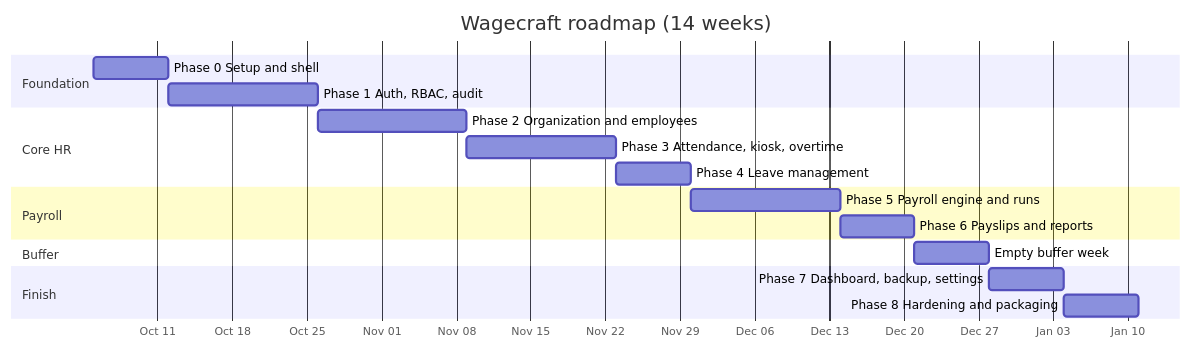
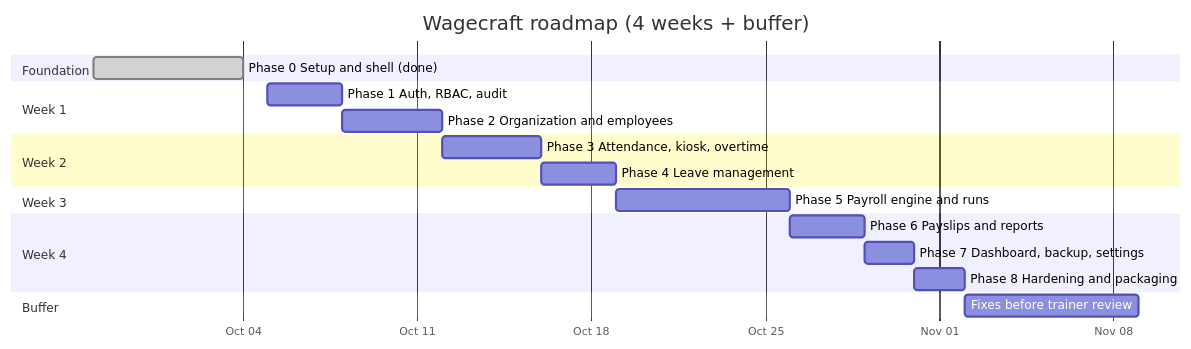
One commit to Xyjor/Wagecraft changed the seventh of 7 diagrams in docs/wagecraft-plan.md. Above: the diagram before and after it, drawn with Mermaid. The commit also changed other lines of this file, not shown here.

First line of the commit message:
docs: 4-week timeline to Nov 1 and owner-made decisions

````diff
--- a/docs/wagecraft-plan.md
+++ b/docs/wagecraft-plan.md
@@ -1207,21 +1209,22 @@
 ```mermaid
 gantt
-    title Wagecraft roadmap (14 weeks)
+    title Wagecraft roadmap (4 weeks + buffer)
     dateFormat YYYY-MM-DD
     axisFormat %b %d
     section Foundation
-    Phase 0 Setup and shell             :p0, 2026-10-05, 7d
-    Phase 1 Auth, RBAC, audit           :p1, after p0, 14d
-    section Core HR
-    Phase 2 Organization and employees  :p2, after p1, 14d
-    Phase 3 Attendance, kiosk, overtime :p3, after p2, 14d
-    Phase 4 Leave management            :p4, after p3, 7d
-    section Payroll
-    Phase 5 Payroll engine and runs     :p5, after p4, 14d
-    Phase 6 Payslips and reports        :p6, after p5, 7d
+    Phase 0 Setup and shell (done)      :done, p0, 2026-09-28, 2026-10-04
+    section Week 1
+    Phase 1 Auth, RBAC, audit           :p1, 2026-10-05, 3d
+    Phase 2 Organization and employees  :p2, after p1, 4d
+    section Week 2
+    Phase 3 Attendance, kiosk, overtime :p3, 2026-10-12, 4d
+    Phase 4 Leave management            :p4, after p3, 3d
+    section Week 3
+    Phase 5 Payroll engine and runs     :p5, 2026-10-19, 7d
+    section Week 4
+    Phase 6 Payslips and reports        :p6, 2026-10-26, 3d
+    Phase 7 Dashboard, backup, settings :p7, after p6, 2d
+    Phase 8 Hardening and packaging     :p8, after p7, 2d
     section Buffer
-    Empty buffer week                   :buf, after p6, 7d
-    section Finish
-    Phase 7 Dashboard, backup, settings :p7, after buf, 7d
-    Phase 8 Hardening and packaging     :p8, after p7, 7d
+    Fixes before trainer review         :buf, 2026-11-02, 7d
 ```
````
